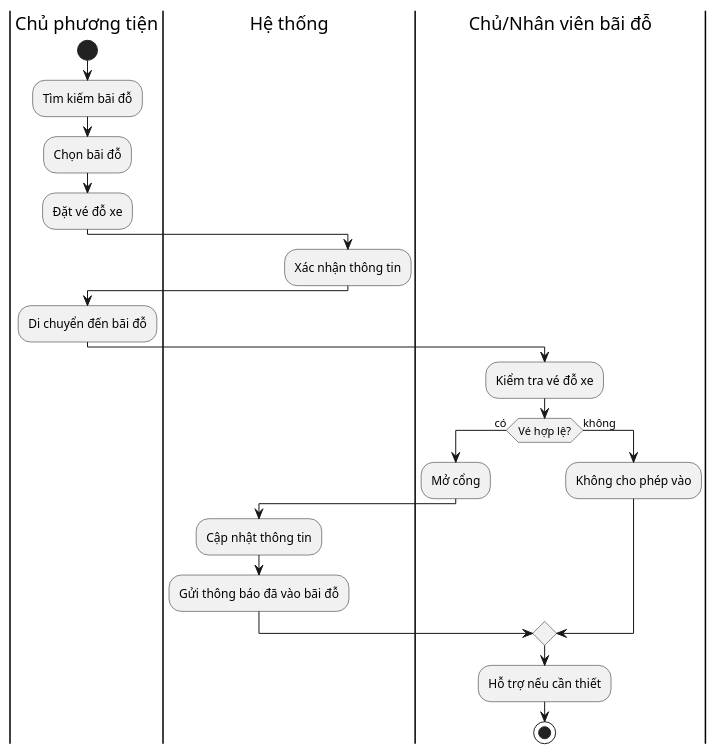
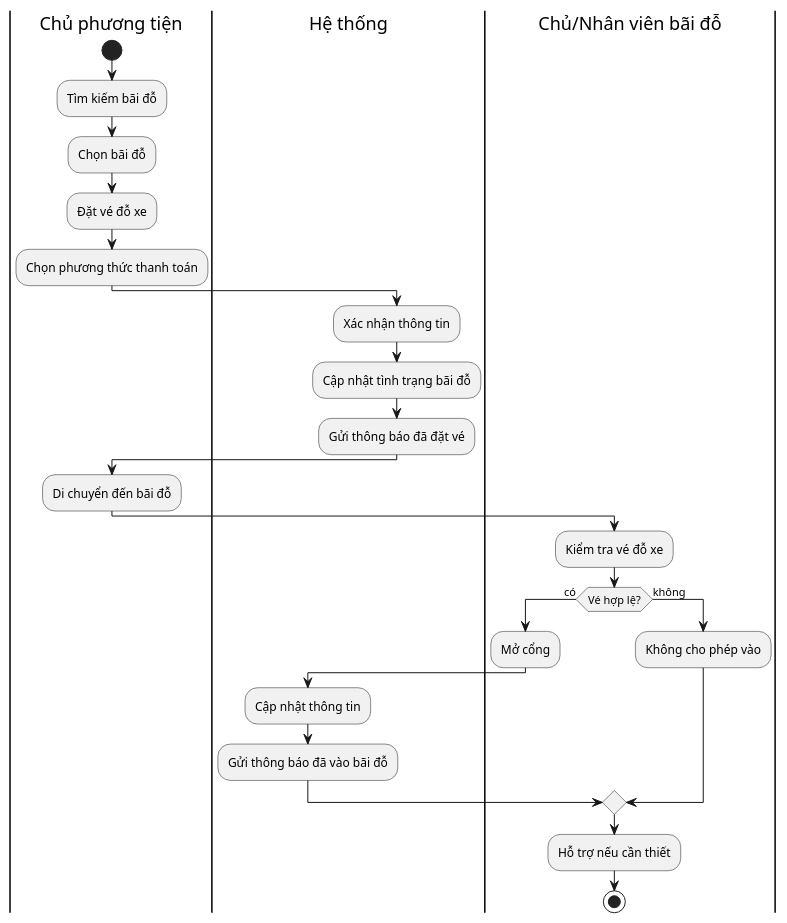
The diagram in business_process/parking.wsd (hieutbui/graduation-diagram), drawn with PlantUML before and after one commit.

Commit message:
Up date business process

```diff
--- a/business_process/parking.wsd
+++ b/business_process/parking.wsd
@@ -1,29 +1,32 @@
 @startuml parking
 |Chủ phương tiện|
 start
 :Tìm kiếm bãi đỗ;
 :Chọn bãi đỗ;
 :Đặt vé đỗ xe;
+:Chọn phương thức thanh toán;
 
 |Hệ thống|
 :Xác nhận thông tin;
+:Cập nhật tình trạng bãi đỗ;
+:Gửi thông báo đã đặt vé;
 
 |Chủ phương tiện|
 :Di chuyển đến bãi đỗ;
 
 |Chủ/Nhân viên bãi đỗ|
 :Kiểm tra vé đỗ xe;
 if (Vé hợp lệ?) then (có)
   :Mở cổng;
   |Hệ thống|
   :Cập nhật thông tin;
   :Gửi thông báo đã vào bãi đỗ;
 else (không)
   |Chủ/Nhân viên bãi đỗ|
   :Không cho phép vào;
 endif
 
 :Hỗ trợ nếu cần thiết;
 
 stop
 @enduml
```
